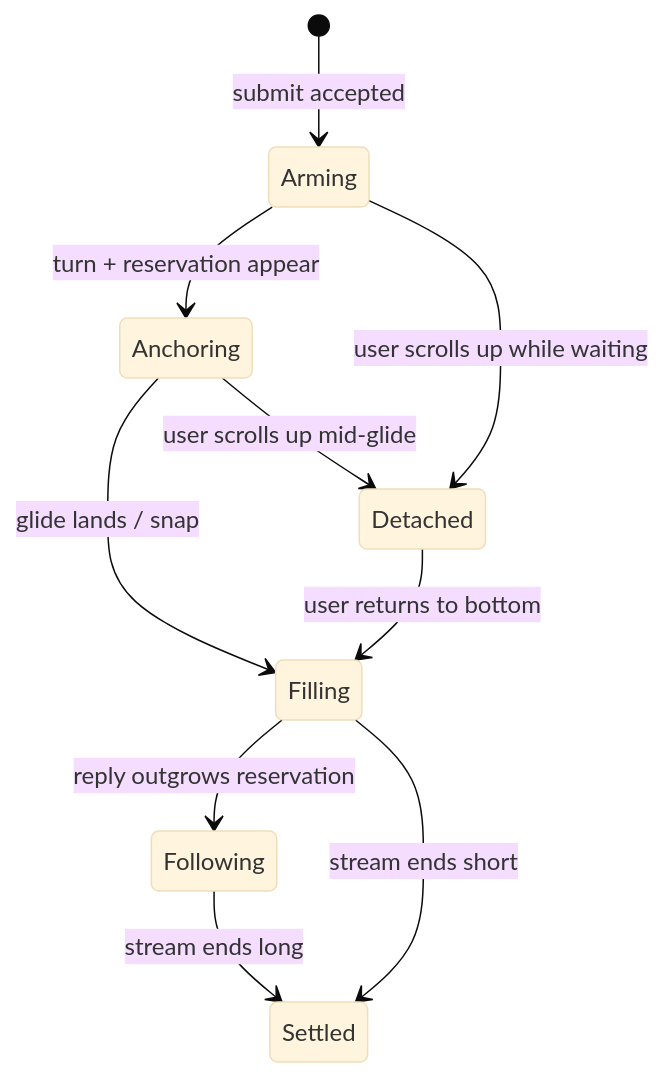
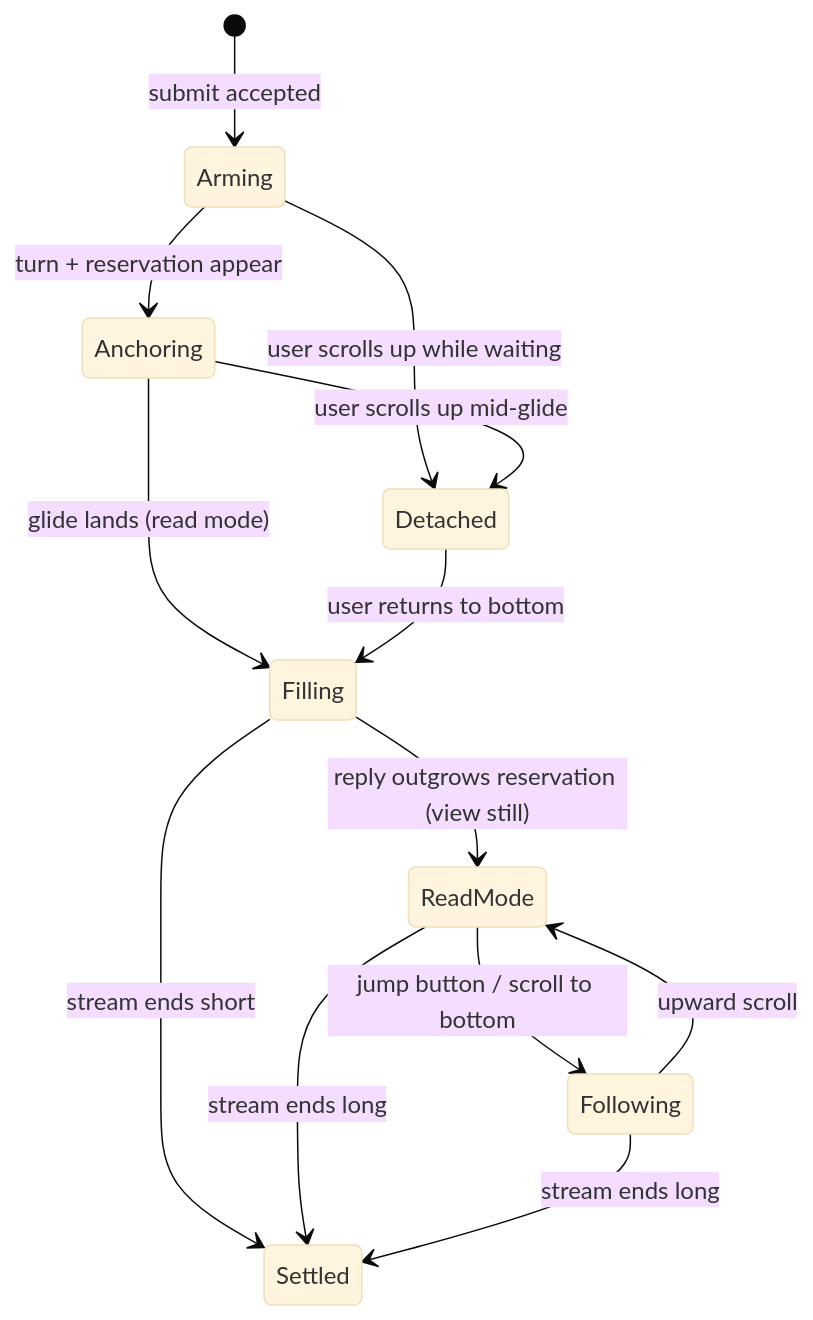
Before and after one commit to huggingface/chat-ui: the diagram in docs/scroll/features/sending-a-message.md, drawn with Mermaid (base theme). The commit also changed other lines of this file and 12 other files, not shown here.

````diff
--- a/docs/scroll/features/sending-a-message.md
+++ b/docs/scroll/features/sending-a-message.md
@@ -24,12 +24,15 @@
 ```mermaid
 stateDiagram-v2
     [*] --> Arming : submit accepted
     Arming --> Anchoring : turn + reservation appear
     Arming --> Detached : user scrolls up while waiting
-    Anchoring --> Filling : glide lands / snap
+    Anchoring --> Filling : glide lands (read mode)
     Anchoring --> Detached : user scrolls up mid-glide
-    Filling --> Following : reply outgrows reservation
+    Filling --> ReadMode : reply outgrows reservation (view still)
+    ReadMode --> Following : jump button / scroll to bottom
+    Following --> ReadMode : upward scroll
     Filling --> Settled : stream ends short
+    ReadMode --> Settled : stream ends long
     Following --> Settled : stream ends long
     Detached --> Filling : user returns to bottom
 ```
````
